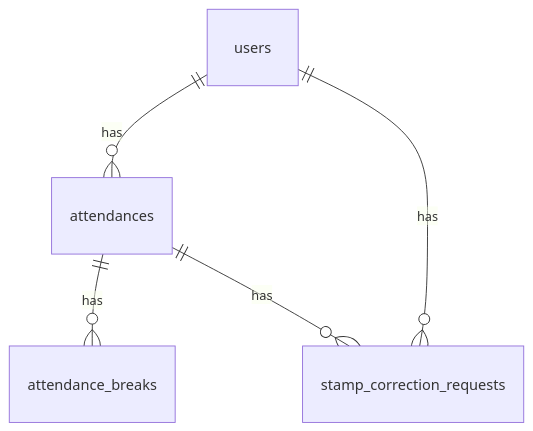
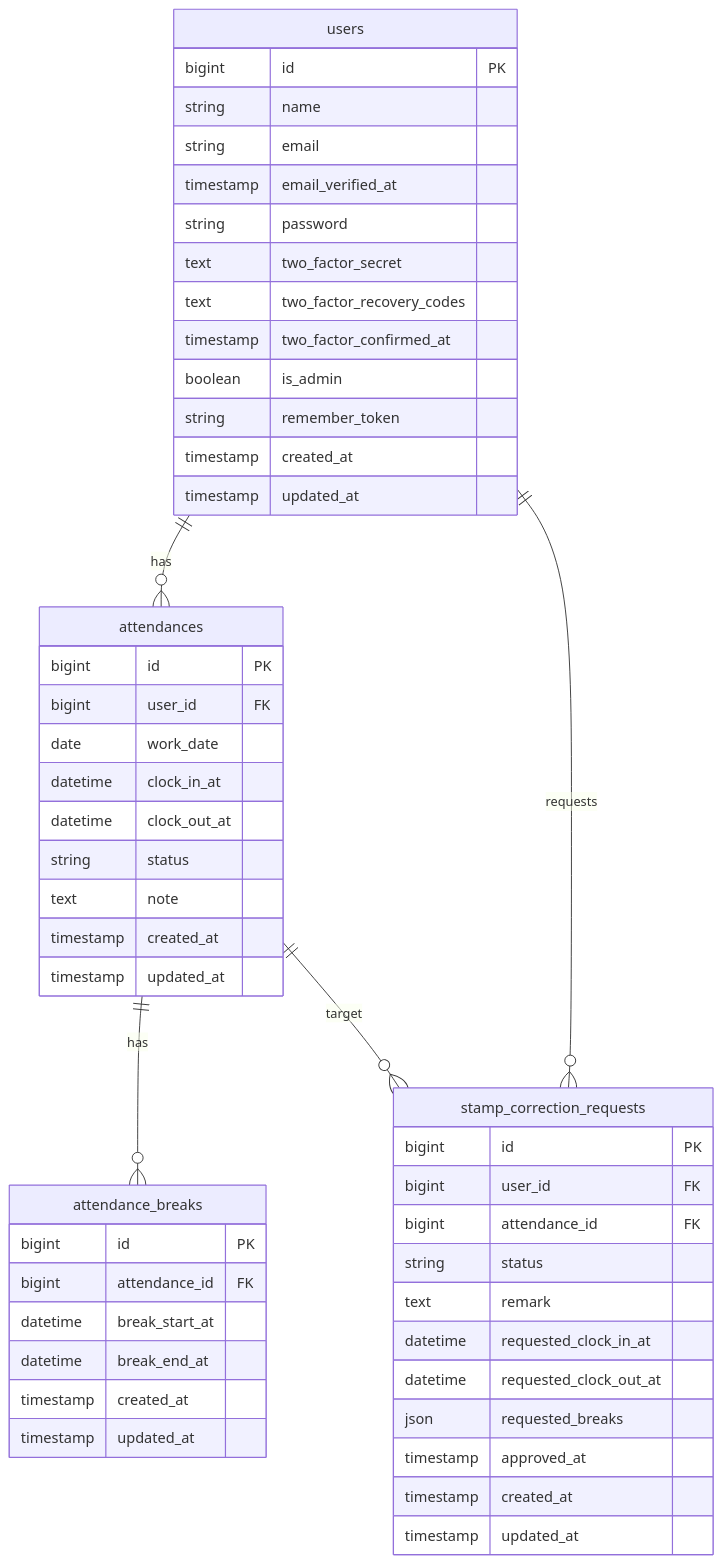
Before and after one commit to noskeblack/Attendance-Management: the diagram in docs/table-spec.md, drawn with Mermaid. The commit also changed other lines of this file and 7 other files, not shown here.

````diff
--- a/docs/table-spec.md
+++ b/docs/table-spec.md
@@ -7,7 +9,57 @@
 ```mermaid
 erDiagram
+    users {
+        bigint id PK
+        string name
+        string email
+        timestamp email_verified_at
+        string password
+        text two_factor_secret
+        text two_factor_recovery_codes
+        timestamp two_factor_confirmed_at
+        boolean is_admin
+        string remember_token
+        timestamp created_at
+        timestamp updated_at
+    }
+
+    attendances {
+        bigint id PK
+        bigint user_id FK
+        date work_date
+        datetime clock_in_at
+        datetime clock_out_at
+        string status
+        text note
+        timestamp created_at
+        timestamp updated_at
+    }
+
+    attendance_breaks {
+        bigint id PK
+        bigint attendance_id FK
+        datetime break_start_at
+        datetime break_end_at
+        timestamp created_at
+        timestamp updated_at
+    }
+
+    stamp_correction_requests {
+        bigint id PK
+        bigint user_id FK
+        bigint attendance_id FK
+        string status
+        text remark
+        datetime requested_clock_in_at
+        datetime requested_clock_out_at
+        json requested_breaks
+        timestamp approved_at
+        timestamp created_at
+        timestamp updated_at
+    }
+
     users ||--o{ attendances : has
-    users ||--o{ stamp_correction_requests : has
+    users ||--o{ stamp_correction_requests : requests
     attendances ||--o{ attendance_breaks : has
-    attendances ||--o{ stamp_correction_requests : has
+    attendances ||--o{ stamp_correction_requests : target
 ```
````
